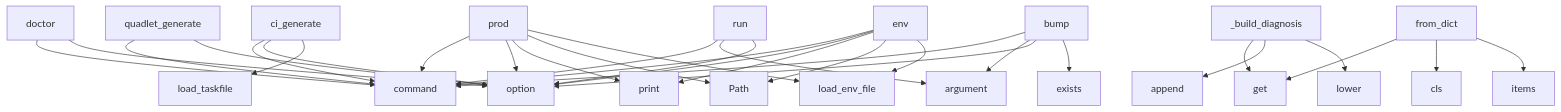
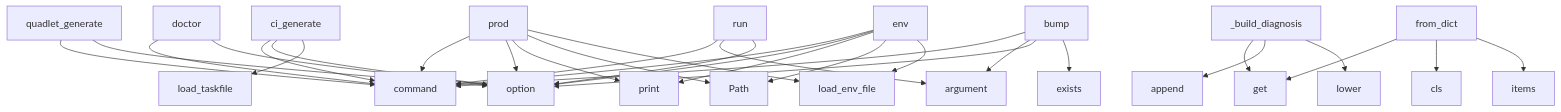
One commit to pyfunc/taskfile changed the diagram in project/context.md. Above: the diagram before and after it, drawn with Mermaid. The commit also changed other lines of this file and 40 other files, not shown here.

````diff
--- a/project/context.md
+++ b/project/context.md
@@ -757,33 +748,33 @@
 ```mermaid
 graph TD
     prod --> command
     prod --> option
     prod --> print
     prod --> Path
     prod --> load_env_file
-    doctor --> command
-    doctor --> option
     ci_generate --> command
     ci_generate --> option
     ci_generate --> load_taskfile
     _build_diagnosis --> get
     _build_diagnosis --> append
     _build_diagnosis --> lower
     run --> command
     run --> argument
     run --> option
     quadlet_generate --> command
     quadlet_generate --> option
+    doctor --> command
+    doctor --> option
     from_dict --> get
     from_dict --> cls
     from_dict --> items
     env --> command
     env --> option
     env --> print
     env --> Path
     env --> load_env_file
     bump --> command
     bump --> argument
     bump --> option
     bump --> exists
 ```
````
